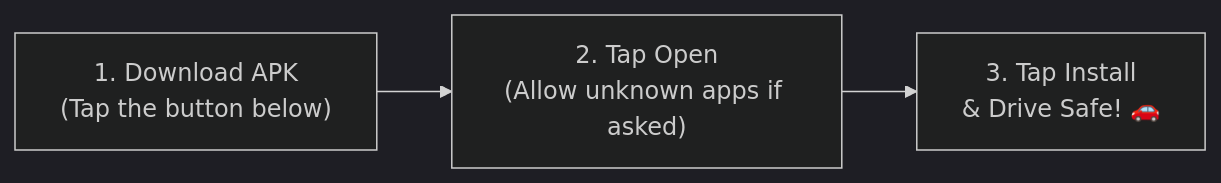
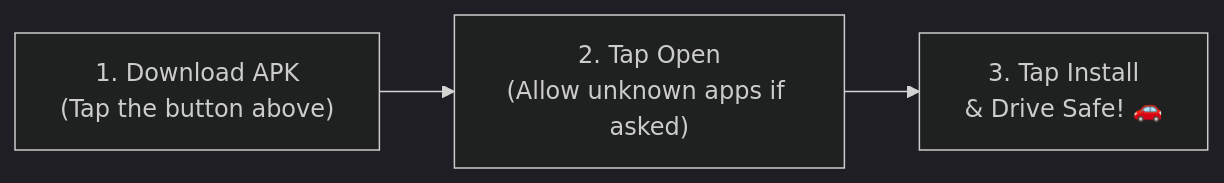
One commit to RadioFreeSolutions/autowave-radio-app changed the diagram in README.md. Above: the diagram before and after it, drawn with Mermaid (dark theme). The commit also changed other lines of this file and 27 other files, not shown here.

````diff
--- a/README.md
+++ b/README.md
@@ -61,4 +60,4 @@
 ```mermaid
 flowchart LR
-    A["1. Download APK\n(Tap the button below)"] --> B["2. Tap Open\n(Allow unknown apps if asked)"] --> C["3. Tap Install\n& Drive Safe! 🚗"]
+    A["1. Download APK\n(Tap the button above)"] --> B["2. Tap Open\n(Allow unknown apps if asked)"] --> C["3. Tap Install\n& Drive Safe! 🚗"]
 ```
````
